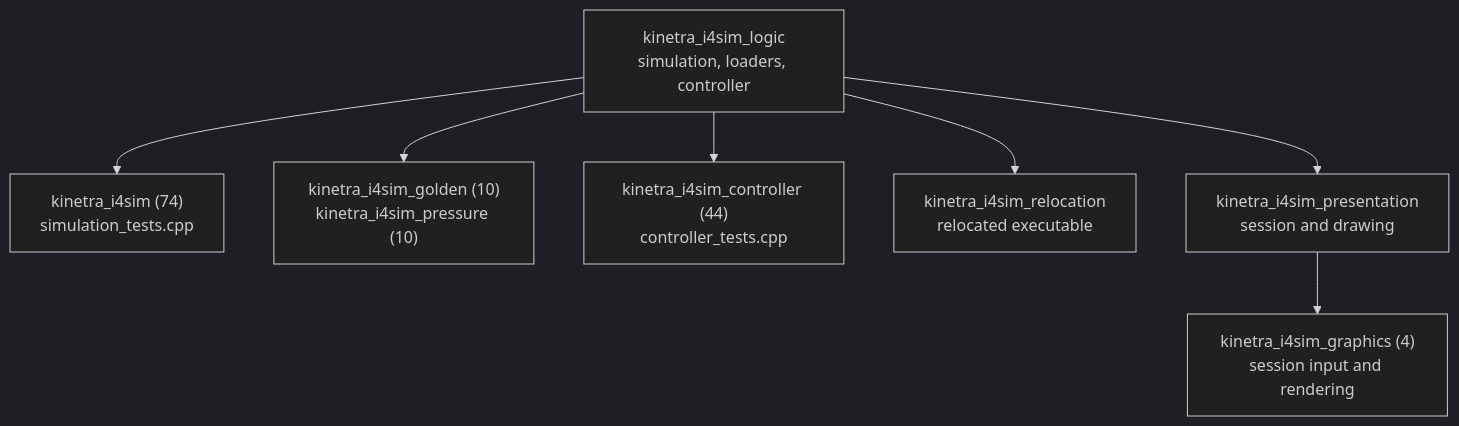
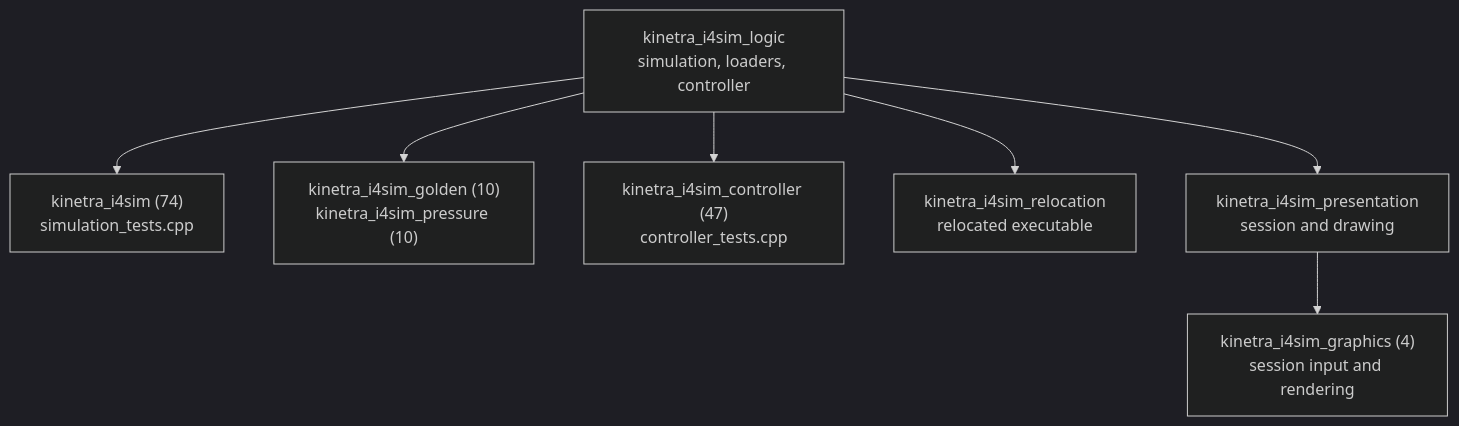
One commit to SMB-M87/Kinetra-Lab changed the diagram in labs/i4sim/tests/README.md. Above: the diagram before and after it, drawn with Mermaid (dark theme). The commit also changed other lines of this file and 9 other files, not shown here.

````diff
--- a/labs/i4sim/tests/README.md
+++ b/labs/i4sim/tests/README.md
@@ -24,9 +24,9 @@
 ```mermaid
 flowchart TD
     Logic["kinetra_i4sim_logic<br/>simulation, loaders, controller"] --> Sim["kinetra_i4sim (74)<br/>simulation_tests.cpp"]
     Logic --> Golden["kinetra_i4sim_golden (10)<br/>kinetra_i4sim_pressure (10)"]
-    Logic --> Controller["kinetra_i4sim_controller (44)<br/>controller_tests.cpp"]
+    Logic --> Controller["kinetra_i4sim_controller (47)<br/>controller_tests.cpp"]
     Logic --> Relocation["kinetra_i4sim_relocation<br/>relocated executable"]
     Presentation["kinetra_i4sim_presentation<br/>session and drawing"] --> Graphics["kinetra_i4sim_graphics (4)<br/>session input and rendering"]
     Logic --> Presentation
 ```
````
